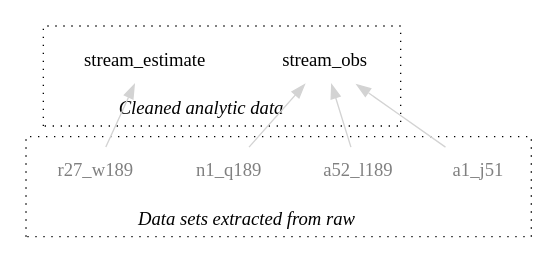
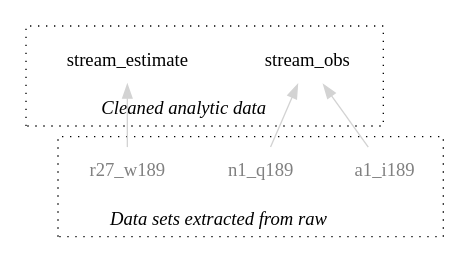
One commit to softloud/blockdata changed the diagram in data-architecture/data-lineage.dot. Above: the diagram before and after it, drawn with Graphviz. The commit also changed 6 other files, not shown here.

```diff
--- a/data-architecture/data-lineage.dot
+++ b/data-architecture/data-lineage.dot
@@ -1,31 +1,29 @@
 digraph darch {
   edge [color=lightgrey]
   node [shape=none, fontcolor=grey]
   rankdir=BT
   labelloc="t"
 
   subgraph cluster_excel {
   label=<<I>Data sets extracted from raw</I>>
   style=dotted
-    a1_j51
-    a52_l189
+    a1_i189
     r27_w189
     n1_q189
 
   }
 
   subgraph cluster_analytic {
   label=<<I>Cleaned analytic data</I>>
   style=dotted
   node [fontcolor=black]
     
     stream_obs
     stream_estimate
   }
 
-  a1_j51 -> stream_obs
-  a52_l189 -> stream_obs
+  a1_i189 -> stream_obs
   r27_w189 -> stream_estimate
   n1_q189 -> stream_obs
 
 }
```
